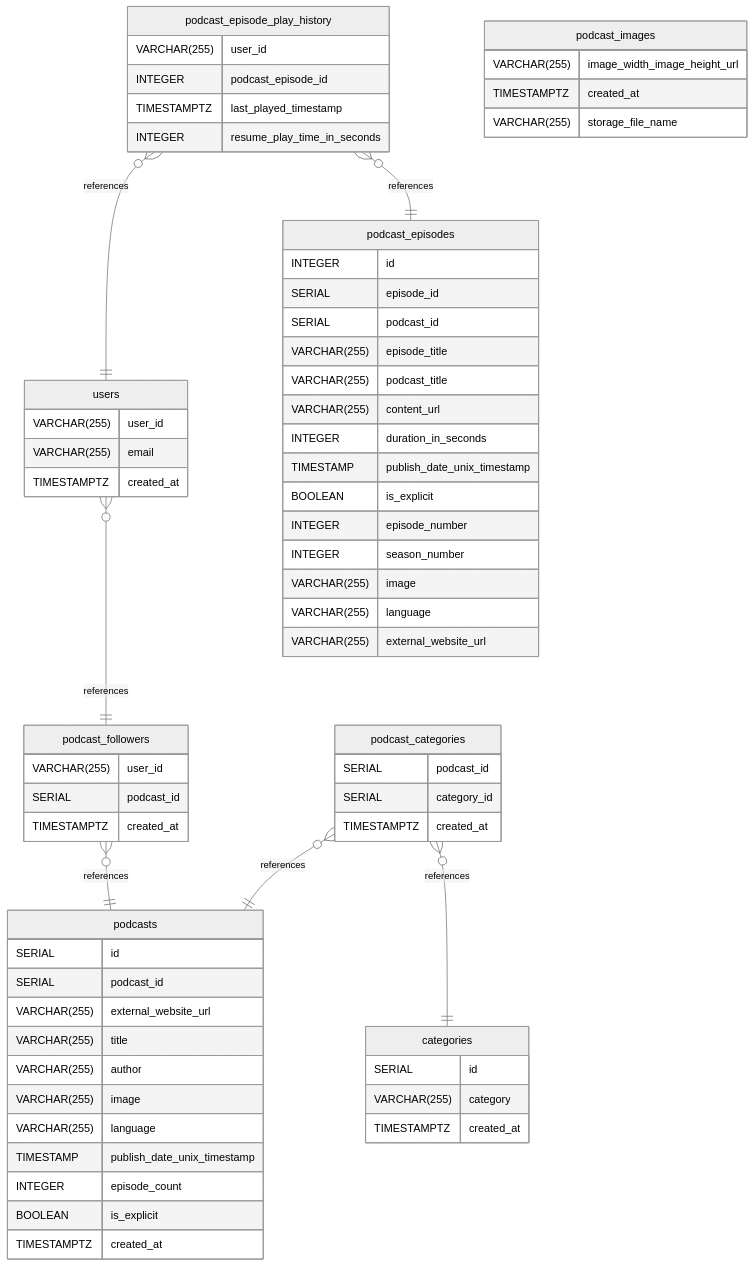
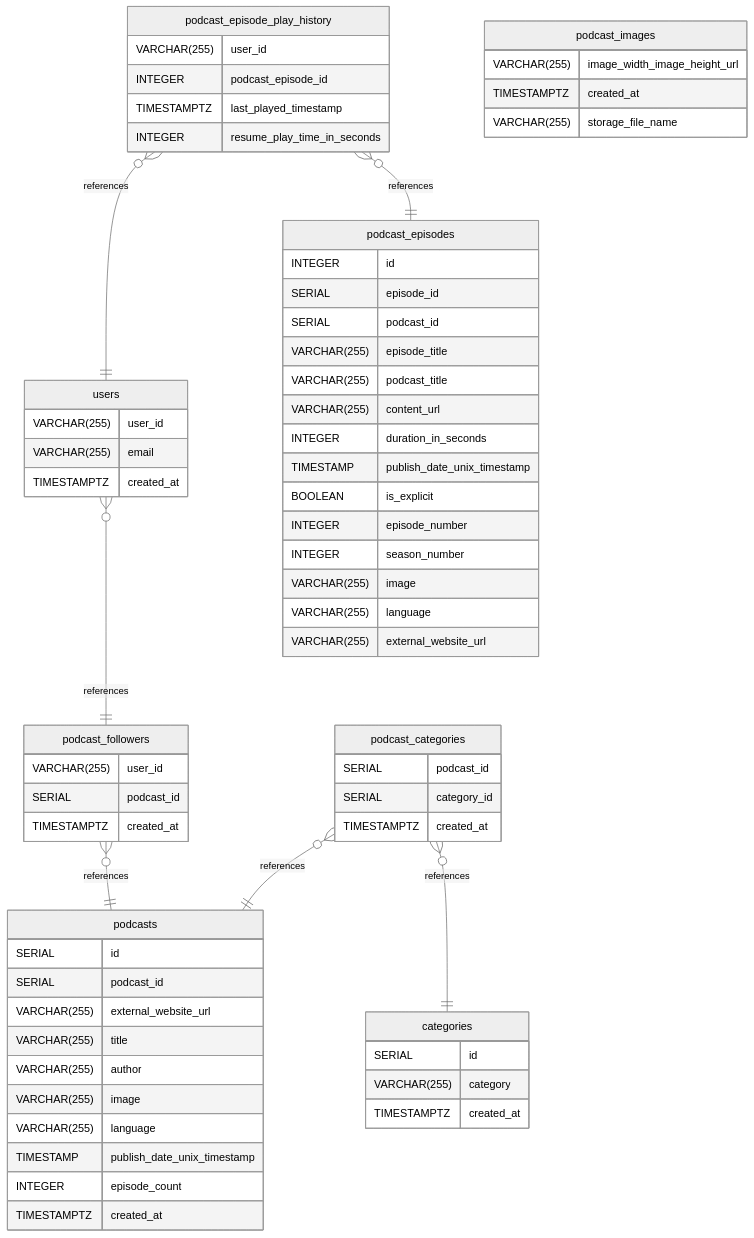
The diagram in ER_diagram.md (JeremyLoh/xtal), drawn with Mermaid (neutral theme) before and after one commit. The commit also changed other lines of this file and 14 other files, not shown here.

````diff
--- a/ER_diagram.md
+++ b/ER_diagram.md
@@ -125,77 +124,76 @@
 ```mermaid
 erDiagram
 	podcast_episode_play_history }o--|| users : references
 	podcast_episode_play_history }o--|| podcast_episodes : references
 	users }o--|| podcast_followers : references
 	podcast_categories }o--|| categories : references
 	podcast_followers }o--|| podcasts : references
 	podcast_categories }o--|| podcasts : references
 
 	podcast_images {
 		VARCHAR(255) image_width_image_height_url
 		TIMESTAMPTZ created_at
 		VARCHAR(255) storage_file_name
 	}
 
 	users {
 		VARCHAR(255) user_id
 		VARCHAR(255) email
 		TIMESTAMPTZ created_at
 	}
 
 	podcast_episodes {
 		INTEGER id
 		SERIAL episode_id
 		SERIAL podcast_id
 		VARCHAR(255) episode_title
 		VARCHAR(255) podcast_title
 		VARCHAR(255) content_url
 		INTEGER duration_in_seconds
 		TIMESTAMP publish_date_unix_timestamp
 		BOOLEAN is_explicit
 		INTEGER episode_number
 		INTEGER season_number
 		VARCHAR(255) image
 		VARCHAR(255) language
 		VARCHAR(255) external_website_url
 	}
 
 	podcast_episode_play_history {
 		VARCHAR(255) user_id
 		INTEGER podcast_episode_id
 		TIMESTAMPTZ last_played_timestamp
 		INTEGER resume_play_time_in_seconds
 	}
 
 	podcasts {
 		SERIAL id
 		SERIAL podcast_id
 		VARCHAR(255) external_website_url
 		VARCHAR(255) title
 		VARCHAR(255) author
 		VARCHAR(255) image
 		VARCHAR(255) language
 		TIMESTAMP publish_date_unix_timestamp
 		INTEGER episode_count
-		BOOLEAN is_explicit
 		TIMESTAMPTZ created_at
 	}
 
 	podcast_categories {
 		SERIAL podcast_id
 		SERIAL category_id
 		TIMESTAMPTZ created_at
 	}
 
 	podcast_followers {
 		VARCHAR(255) user_id
 		SERIAL podcast_id
 		TIMESTAMPTZ created_at
 	}
 
 	categories {
 		SERIAL id
 		VARCHAR(255) category
 		TIMESTAMPTZ created_at
 	}
 ```
````
